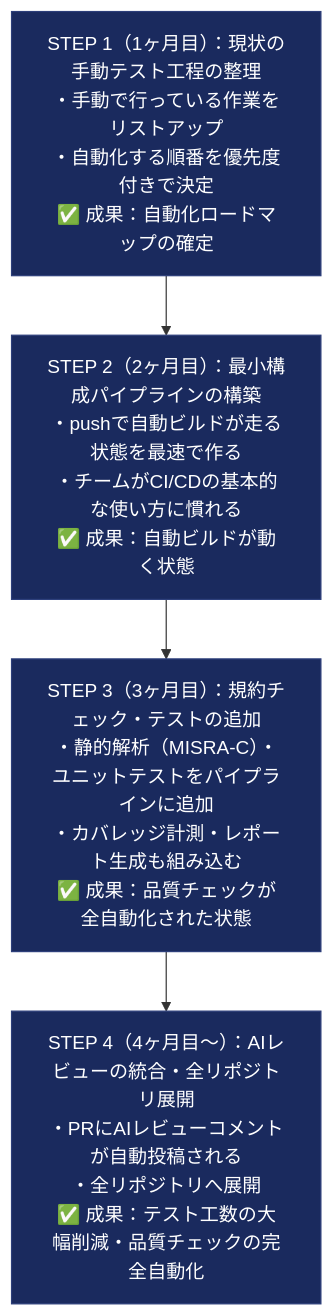
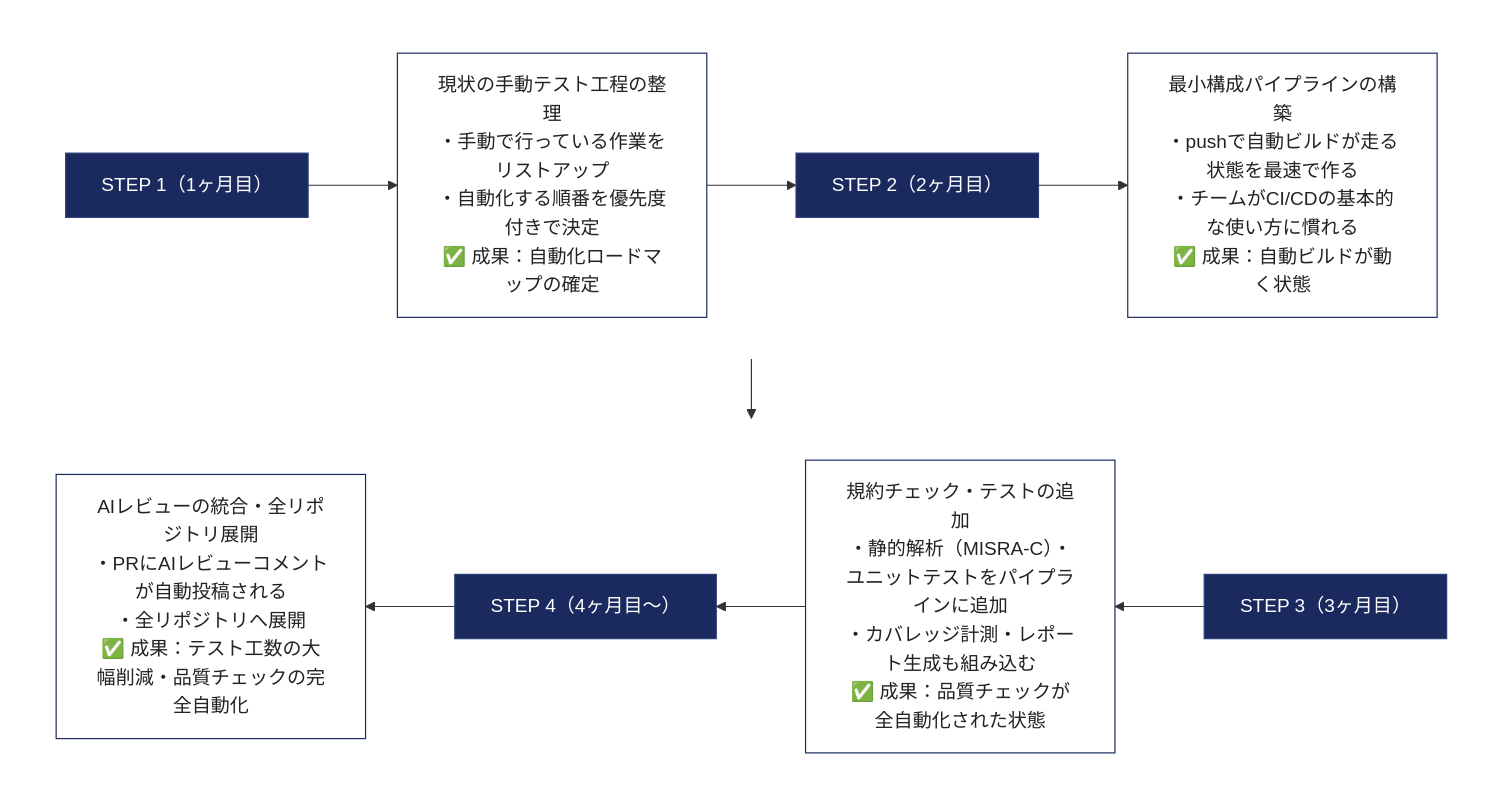
One commit to Kengo55555/My_Study changed the third of 10 diagrams in AI_Idea/AI_ADOPTION_PROPOSAL.md. Above: the diagram before and after it, drawn with Mermaid. The commit also changed other lines of this file and 1 other file, not shown here.

Commit message:
Refactor proposal: bullet points, コ字 Mermaid layout, navy titles / white content nodes

````diff
--- a/AI_Idea/AI_ADOPTION_PROPOSAL.md
+++ b/AI_Idea/AI_ADOPTION_PROPOSAL.md
@@ -123,10 +153,22 @@
 ```mermaid
 flowchart TD
-    S1["STEP 1（1ヶ月目）：現状の手動テスト工程の整理<br/>・手動で行っている作業をリストアップ<br/>・自動化する順番を優先度付きで決定<br/>✅ 成果：自動化ロードマップの確定"]
-    S2["STEP 2（2ヶ月目）：最小構成パイプラインの構築<br/>・pushで自動ビルドが走る状態を最速で作る<br/>・チームがCI/CDの基本的な使い方に慣れる<br/>✅ 成果：自動ビルドが動く状態"]
-    S3["STEP 3（3ヶ月目）：規約チェック・テストの追加<br/>・静的解析（MISRA-C）・ユニットテストをパイプラインに追加<br/>・カバレッジ計測・レポート生成も組み込む<br/>✅ 成果：品質チェックが全自動化された状態"]
-    S4["STEP 4（4ヶ月目〜）：AIレビューの統合・全リポジトリ展開<br/>・PRにAIレビューコメントが自動投稿される<br/>・全リポジトリへ展開<br/>✅ 成果：テスト工数の大幅削減・品質チェックの完全自動化"]
-    S1 --> S2 --> S3 --> S4
-    classDef stepNode fill:#1a2a5e,stroke:#2c3e7a,color:#fff
-    class S1,S2,S3,S4 stepNode
+    subgraph row1[" "]
+        direction LR
+        T1["STEP 1（1ヶ月目）"] --> C1["現状の手動テスト工程の整理<br/>・手動で行っている作業をリストアップ<br/>・自動化する順番を優先度付きで決定<br/>✅ 成果：自動化ロードマップの確定"]
+        C1 --> T2["STEP 2（2ヶ月目）"]
+        T2 --> C2["最小構成パイプラインの構築<br/>・pushで自動ビルドが走る状態を最速で作る<br/>・チームがCI/CDの基本的な使い方に慣れる<br/>✅ 成果：自動ビルドが動く状態"]
+    end
+    subgraph row2[" "]
+        direction RL
+        T3["STEP 3（3ヶ月目）"] --> C3["規約チェック・テストの追加<br/>・静的解析（MISRA-C）・ユニットテストをパイプラインに追加<br/>・カバレッジ計測・レポート生成も組み込む<br/>✅ 成果：品質チェックが全自動化された状態"]
+        C3 --> T4["STEP 4（4ヶ月目〜）"]
+        T4 --> C4["AIレビューの統合・全リポジトリ展開<br/>・PRにAIレビューコメントが自動投稿される<br/>・全リポジトリへ展開<br/>✅ 成果：テスト工数の大幅削減・品質チェックの完全自動化"]
+    end
+    C2 --> T3
+    style row1 fill:transparent,stroke:transparent,color:transparent
+    style row2 fill:transparent,stroke:transparent,color:transparent
+    classDef title fill:#1a2a5e,stroke:#2c3e7a,color:#fff
+    classDef content fill:#fff,stroke:#1a2a5e,color:#222
+    class T1,T2,T3,T4 title
+    class C1,C2,C3,C4 content
 ```
````
